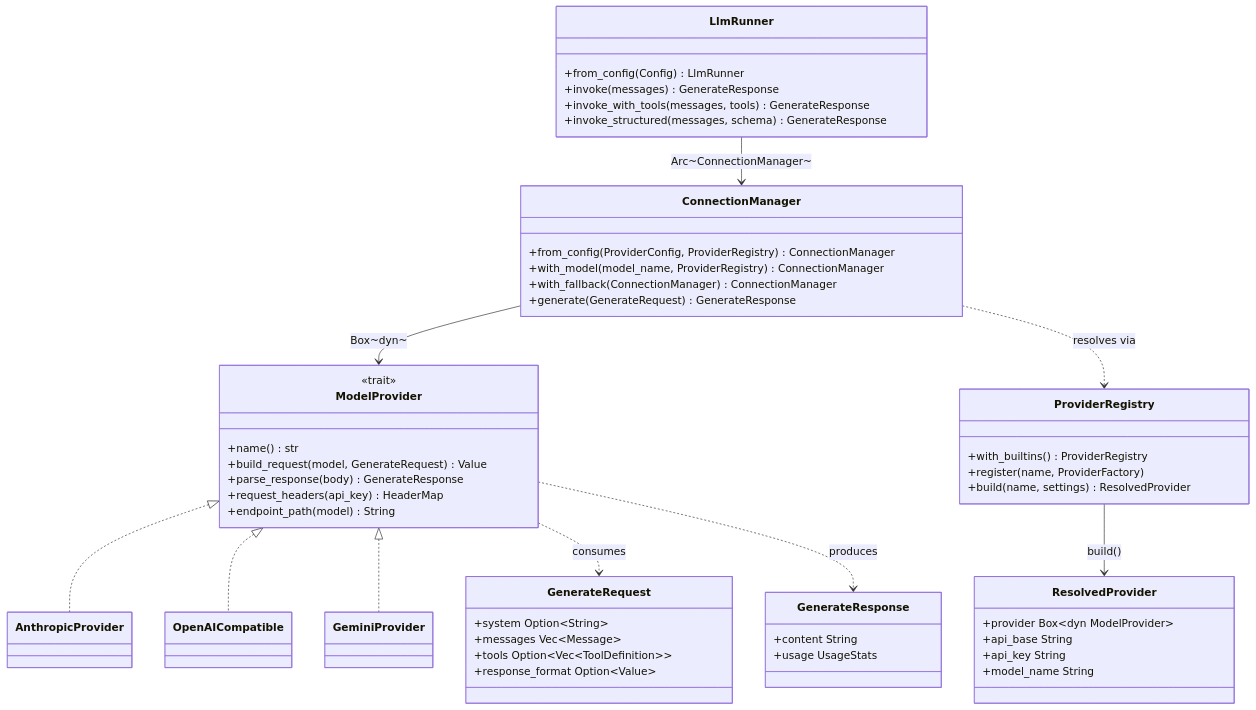
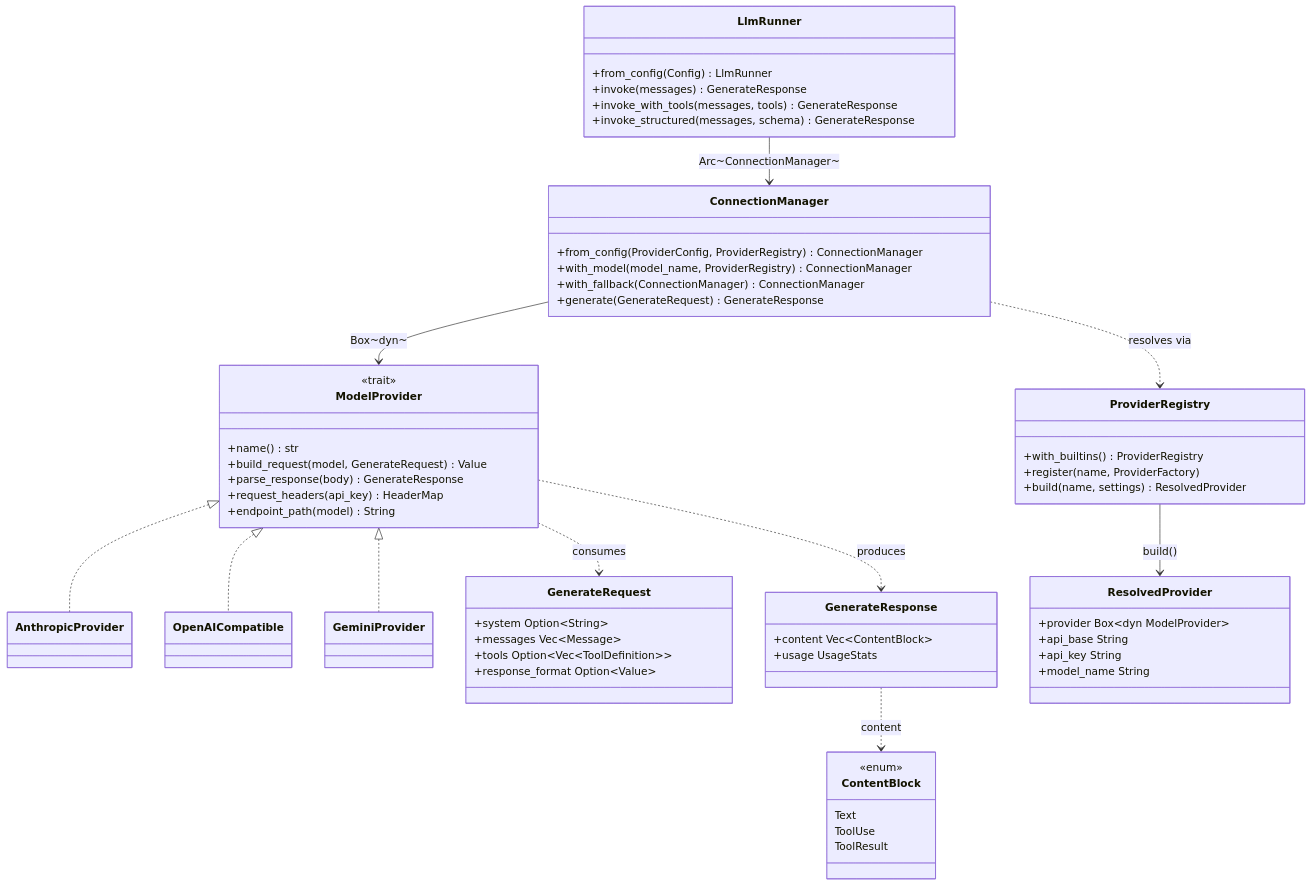
Before and after one commit to sirius-zuo/agentverse: the diagram in wiki/core-runtime.md, drawn with Mermaid. The commit also changed other lines of this file, not shown here.

Commit message:
docs(wiki): refresh core-runtime.md for PR #35 native tool-calling

````diff
--- a/wiki/core-runtime.md
+++ b/wiki/core-runtime.md
@@ -40,60 +40,67 @@
 ```mermaid
 classDiagram
     class ModelProvider {
         <<trait>>
         +name() str
         +build_request(model, GenerateRequest) Value
         +parse_response(body) GenerateResponse
         +request_headers(api_key) HeaderMap
         +endpoint_path(model) String
     }
     class AnthropicProvider
     class OpenAICompatible
     class GeminiProvider
     ModelProvider <|.. AnthropicProvider
     ModelProvider <|.. OpenAICompatible
     ModelProvider <|.. GeminiProvider
 
     class ProviderRegistry {
         +with_builtins() ProviderRegistry
         +register(name, ProviderFactory)
         +build(name, settings) ResolvedProvider
     }
     class ResolvedProvider {
         +provider Box~dyn ModelProvider~
         +api_base String
         +api_key String
         +model_name String
     }
     ProviderRegistry --> ResolvedProvider : build()
 
     class ConnectionManager {
         +from_config(ProviderConfig, ProviderRegistry) ConnectionManager
         +with_model(model_name, ProviderRegistry) ConnectionManager
         +with_fallback(ConnectionManager) ConnectionManager
         +generate(GenerateRequest) GenerateResponse
     }
     ConnectionManager --> ModelProvider : Box~dyn~
     ConnectionManager ..> ProviderRegistry : resolves via
 
     class LlmRunner {
         +from_config(Config) LlmRunner
         +invoke(messages) GenerateResponse
         +invoke_with_tools(messages, tools) GenerateResponse
         +invoke_structured(messages, schema) GenerateResponse
     }
     LlmRunner --> ConnectionManager : Arc~ConnectionManager~
 
     class GenerateRequest {
         +system Option~String~
         +messages Vec~Message~
         +tools Option~Vec~ToolDefinition~~
         +response_format Option~Value~
     }
     class GenerateResponse {
-        +content String
+        +content Vec~ContentBlock~
         +usage UsageStats
     }
+    class ContentBlock {
+        <<enum>>
+        Text
+        ToolUse
+        ToolResult
+    }
+    GenerateResponse ..> ContentBlock : content
     ModelProvider ..> GenerateRequest : consumes
     ModelProvider ..> GenerateResponse : produces
 ```
````
